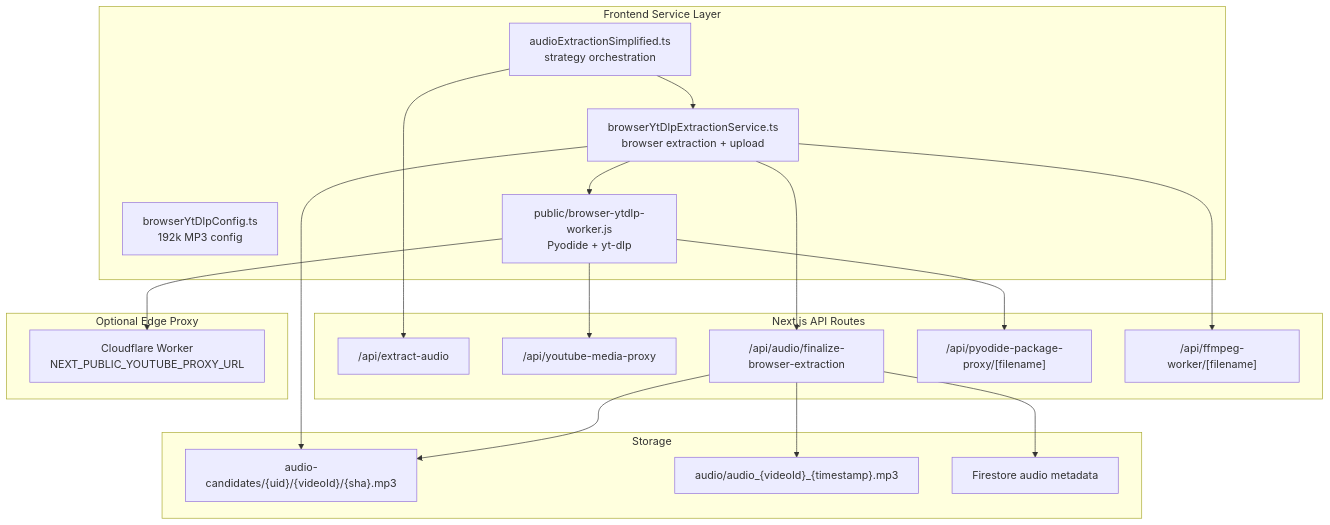
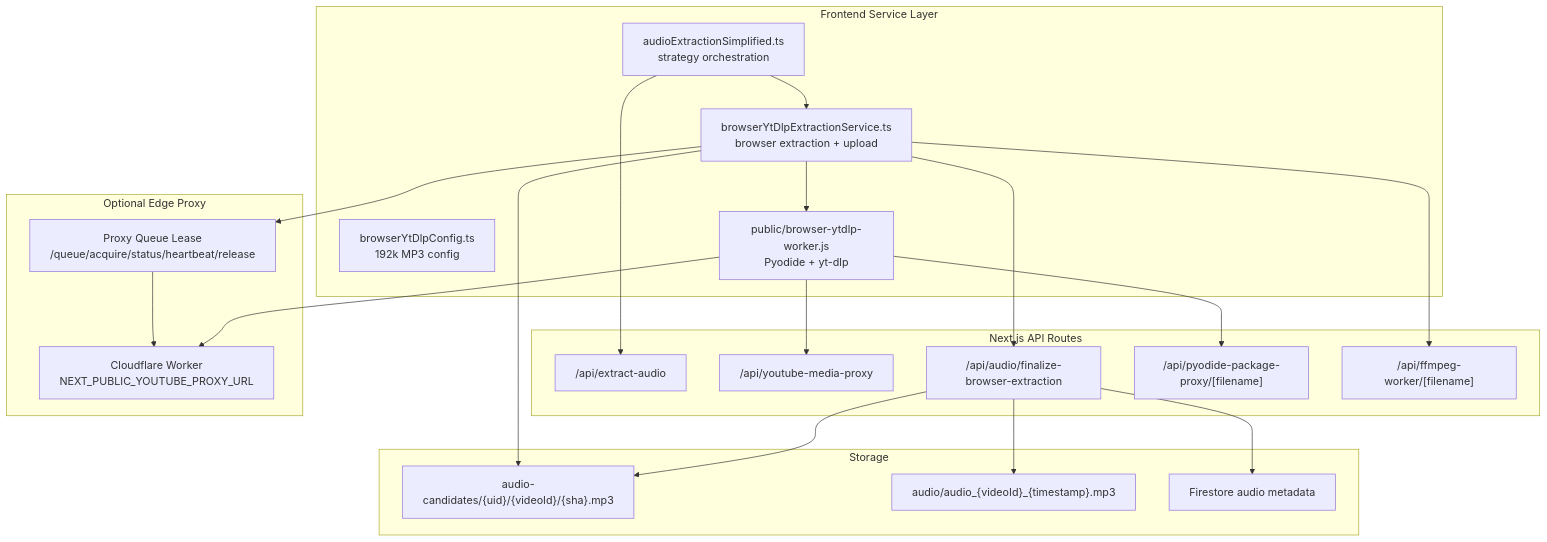
The first of 2 diagrams in .qoder/repowiki/en/content/Audio Processing and Analysis/YouTube Integration.md (ptnghia-j/ChordMiniApp), drawn with Mermaid before and after one commit. The commit also changed other lines of this file and 32 other files, not shown here.

````diff
--- a/.qoder/repowiki/en/content/Audio Processing and Analysis/YouTube Integration.md
+++ b/.qoder/repowiki/en/content/Audio Processing and Analysis/YouTube Integration.md
@@ -27,36 +27,39 @@
 ```mermaid
 graph TB
 subgraph "Frontend Service Layer"
 AES["audioExtractionSimplified.ts<br/>strategy orchestration"]
 BYT["browserYtDlpExtractionService.ts<br/>browser extraction + upload"]
 BCFG["browserYtDlpConfig.ts<br/>192k MP3 config"]
 WORKER["public/browser-ytdlp-worker.js<br/>Pyodide + yt-dlp"]
 end
 subgraph "Next.js API Routes"
 EXTRACT["/api/extract-audio"]
 MEDIA["/api/youtube-media-proxy"]
 FINALIZE["/api/audio/finalize-browser-extraction"]
 PYODIDE["/api/pyodide-package-proxy/[filename]"]
 FFMPEG["/api/ffmpeg-worker/[filename]"]
 end
 subgraph "Optional Edge Proxy"
 CF["Cloudflare Worker<br/>NEXT_PUBLIC_YOUTUBE_PROXY_URL"]
+QUEUE["Proxy Queue Lease<br/>/queue/acquire/status/heartbeat/release"]
 end
 subgraph "Storage"
 CANDIDATE["audio-candidates/{uid}/{videoId}/{sha}.mp3"]
 PUBLIC["audio/audio_{videoId}_{timestamp}.mp3"]
 FIRESTORE["Firestore audio metadata"]
 end
 AES --> EXTRACT
 AES --> BYT
 BYT --> WORKER
 WORKER --> PYODIDE
 BYT --> FFMPEG
+BYT --> QUEUE
+QUEUE --> CF
 WORKER --> MEDIA
 WORKER --> CF
 BYT --> CANDIDATE
 BYT --> FINALIZE
 FINALIZE --> CANDIDATE
 FINALIZE --> PUBLIC
 FINALIZE --> FIRESTORE
 ```
````
